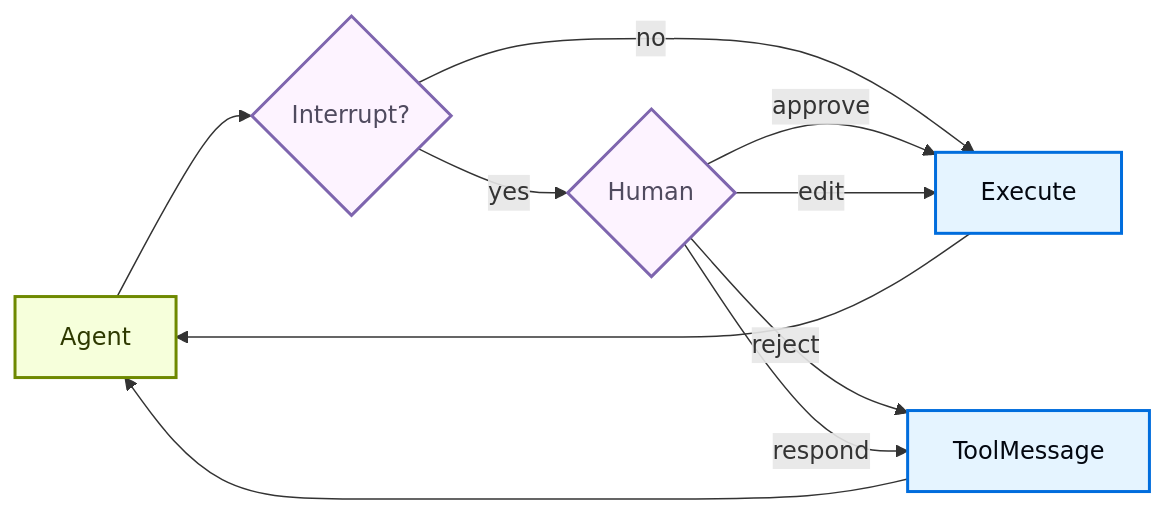
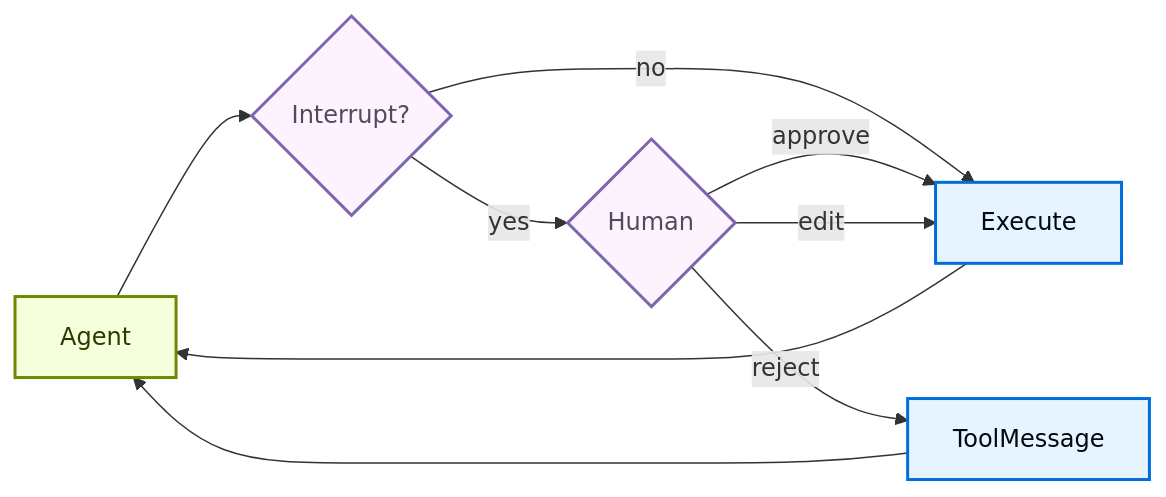
One commit to langchain-ai/docs changed the diagram in build/oss/javascript/deepagents/human-in-the-loop.mdx. Above: the diagram before and after it, drawn with Mermaid. The commit also changed other lines of this file and 8 other files, not shown here.

````diff
--- a/build/oss/javascript/deepagents/human-in-the-loop.mdx
+++ b/build/oss/javascript/deepagents/human-in-the-loop.mdx
@@ -13,24 +15,23 @@
 ```mermaid
 graph LR
     Agent[Agent] --> Check{Interrupt?}
     Check --> |no| Execute[Execute]
     Check --> |yes| Human{Human}
 
     Human --> |approve| Execute
     Human --> |edit| Execute
     Human --> |reject| ToolMessage[ToolMessage]
-    Human --> |respond| ToolMessage
 
     Execute --> Agent
     ToolMessage --> Agent
 
     classDef trigger fill:#F6FFDB,stroke:#6E8900,stroke-width:2px,color:#2E3900
     classDef process fill:#E5F4FF,stroke:#006DDD,stroke-width:2px,color:#030710
     classDef decision fill:#FDF3FF,stroke:#7E65AE,stroke-width:2px,color:#504B5F
     classDef alert fill:#F8E8E6,stroke:#B27D75,stroke-width:2px,color:#634643
 
     class Agent trigger
     class Check,Human decision
     class Execute process
     class ToolMessage process
 ```
````
